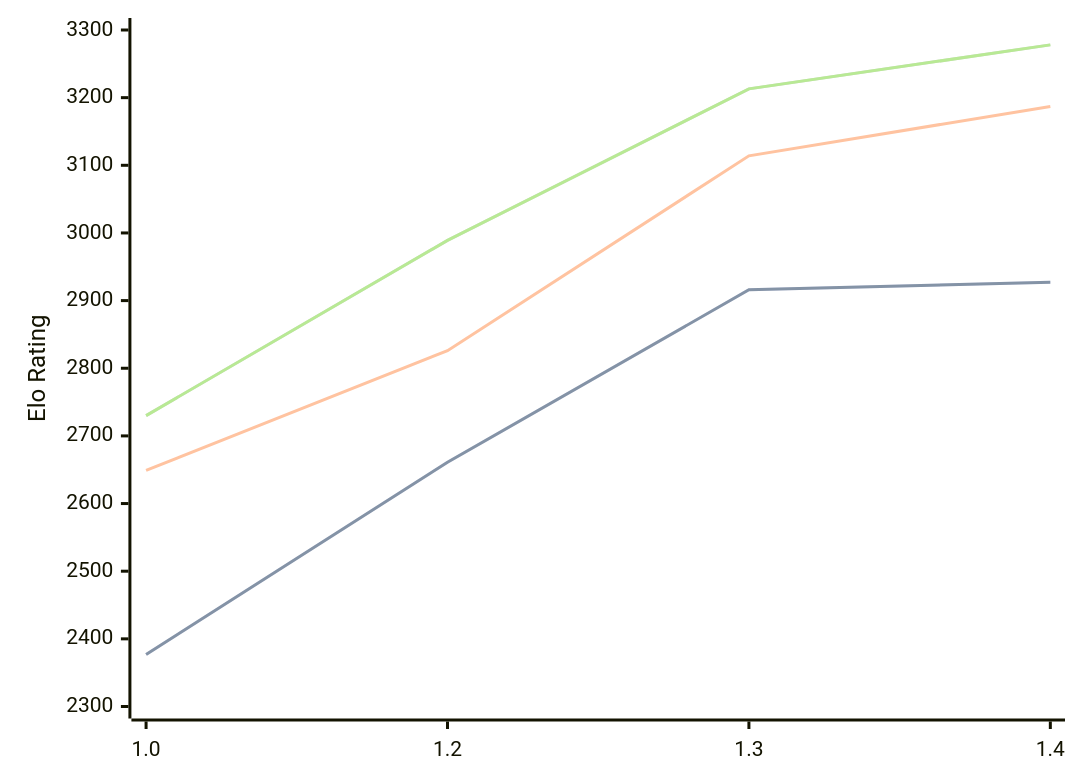
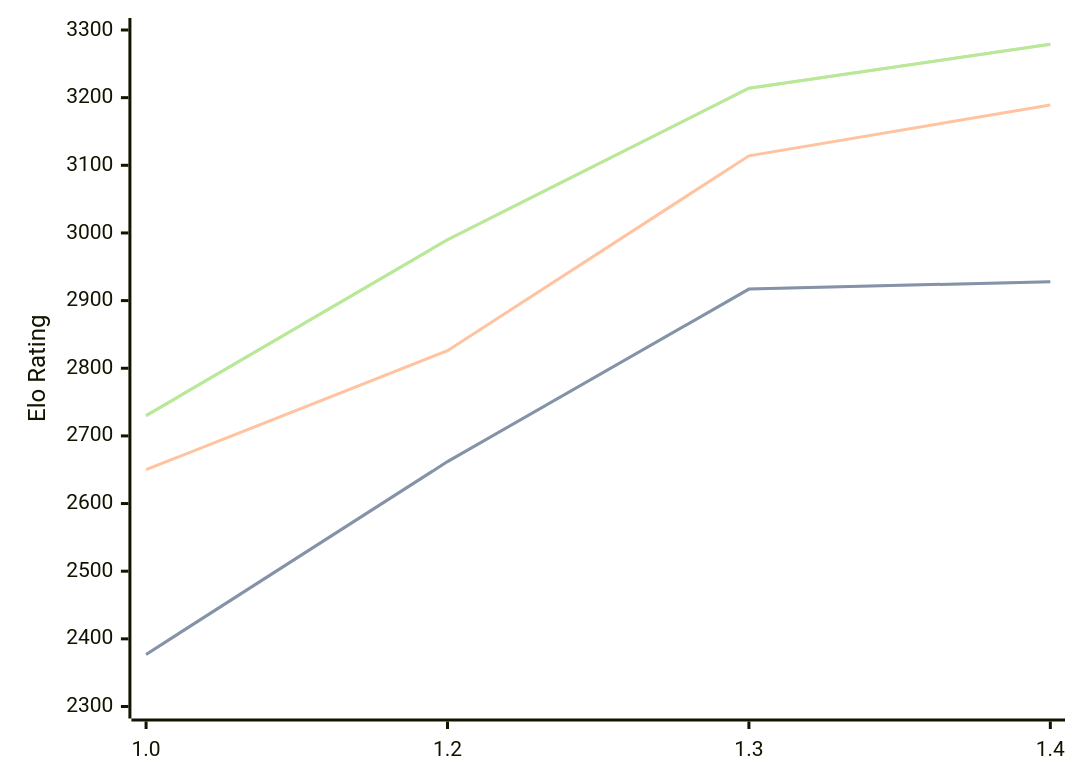
The diagram in engines/Chessnix.md (computer-chess-index/cci), drawn with Mermaid before and after one commit. The commit also changed other lines of this file, not shown here.

Commit message:
Update CCI Ratings (ELO VLTC) - 2026-05-12

````diff
--- a/engines/Chessnix.md
+++ b/engines/Chessnix.md
@@ -36,11 +36,11 @@
 ```mermaid
 %%{init: {"theme":"base","themeVariables":{"seriesColors:['#a3a3a3','#222221','#faa371']}}}%%
 xychart-beta
   x-axis ["1.0", "1.2", "1.3", "1.4"]
   y-axis "Elo Rating" 2300 --> 3300
-  line "STC (8.0+0.08s)" [2377, 2661, 2916, 2927]
-  line "STC (8.0+0.08s)" [2377, 2661, 2916, 2927]
-  line "LTC (60.0+0.60s)" [2649, 2826, 3114, 3187]
-  line "VLTC (2m24s+1.12s)" [2730, 2989, 3213, 3278]
-  line "VLTC (2m24s+1.12s)" [2730, 2989, 3213, 3278]
+  line "STC (8.0+0.08s)" [2377, 2662, 2917, 2928]
+  line "STC (8.0+0.08s)" [2377, 2662, 2917, 2928]
+  line "LTC (60.0+0.60s)" [2650, 2826, 3114, 3189]
+  line "VLTC (2m24s+1.12s)" [2730, 2990, 3214, 3279]
+  line "VLTC (2m24s+1.12s)" [2730, 2990, 3214, 3279]
 ```
````
